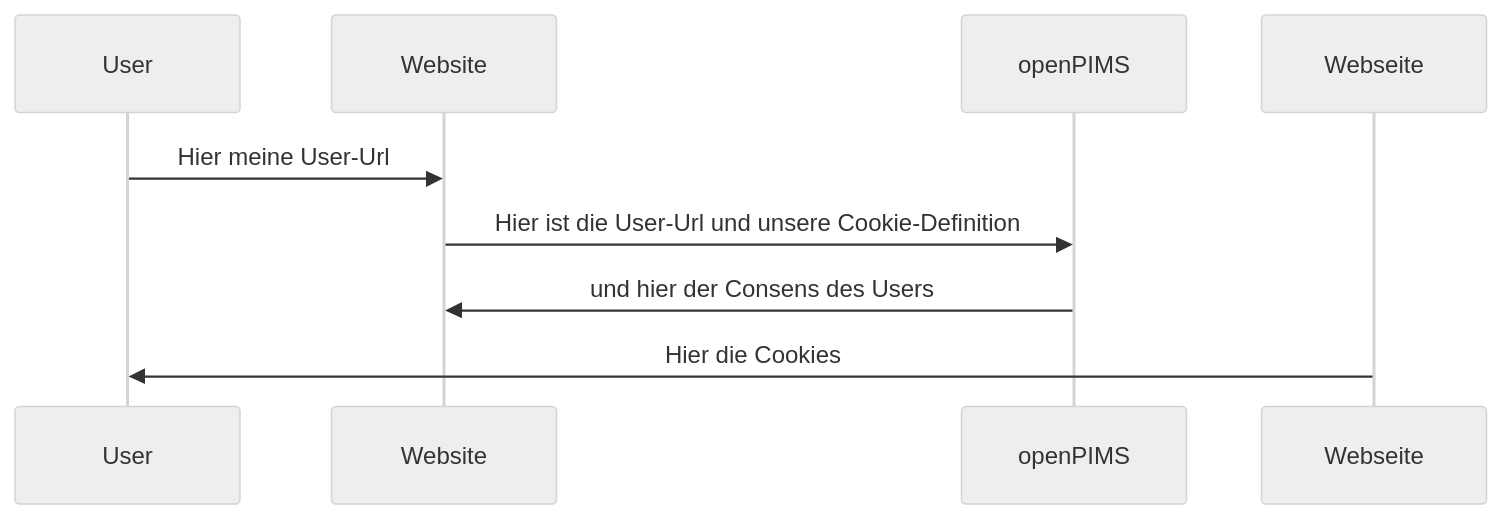
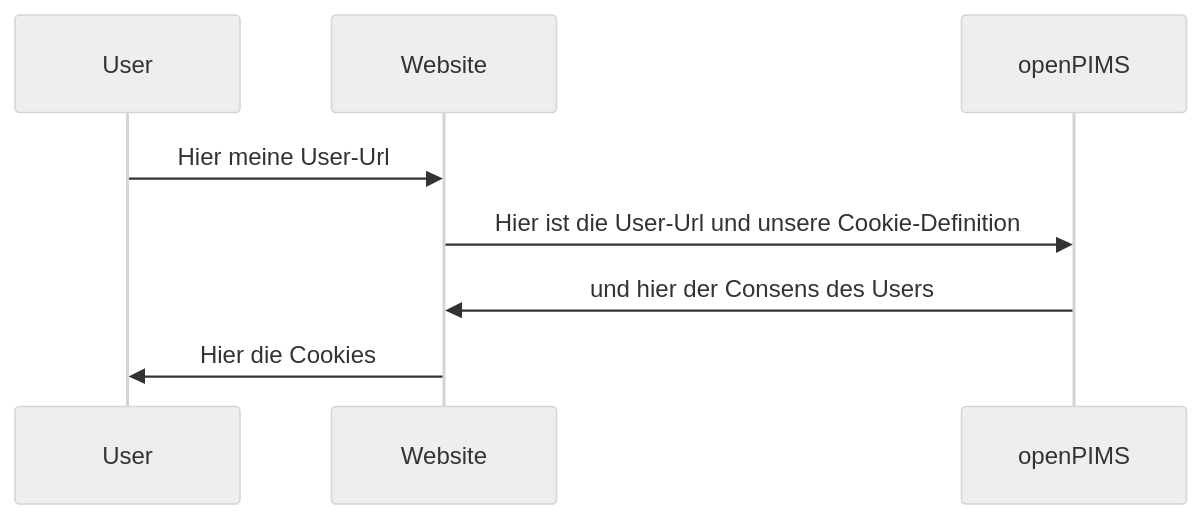
One commit to openpims/openpims changed the third of 3 diagrams in README.md. Above: the diagram before and after it, drawn with Mermaid (neutral theme).

````diff
--- a/README.md
+++ b/README.md
@@ -68,7 +68,7 @@
 ```mermaid
   sequenceDiagram
     User->>Website: Hier meine User-Url
     Website->>openPIMS: Hier ist die User-Url und unsere Cookie-Definition
     openPIMS->>Website: und hier der Consens des Users
-    Webseite->>User: Hier die Cookies
+    Website->>User: Hier die Cookies
 ```
````
